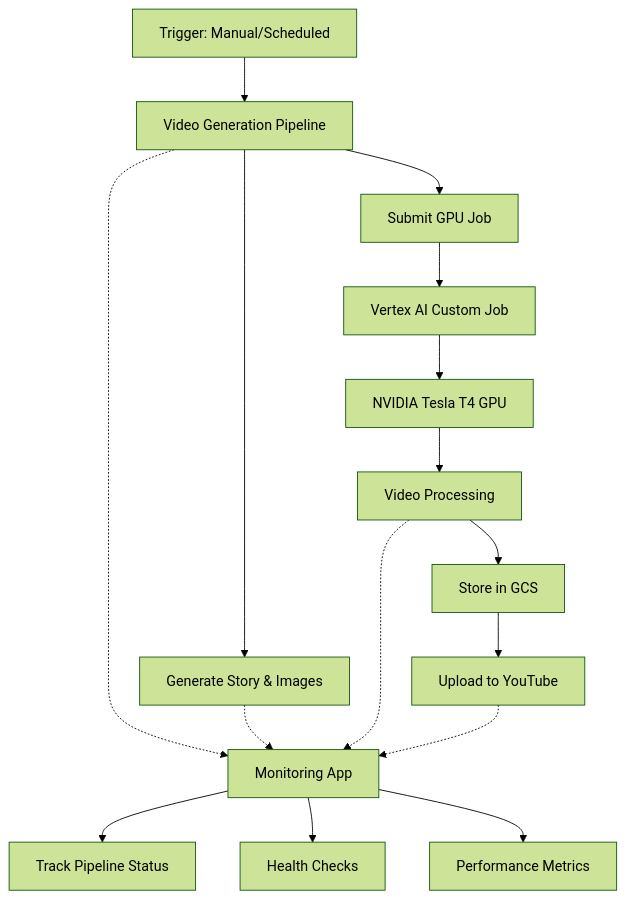
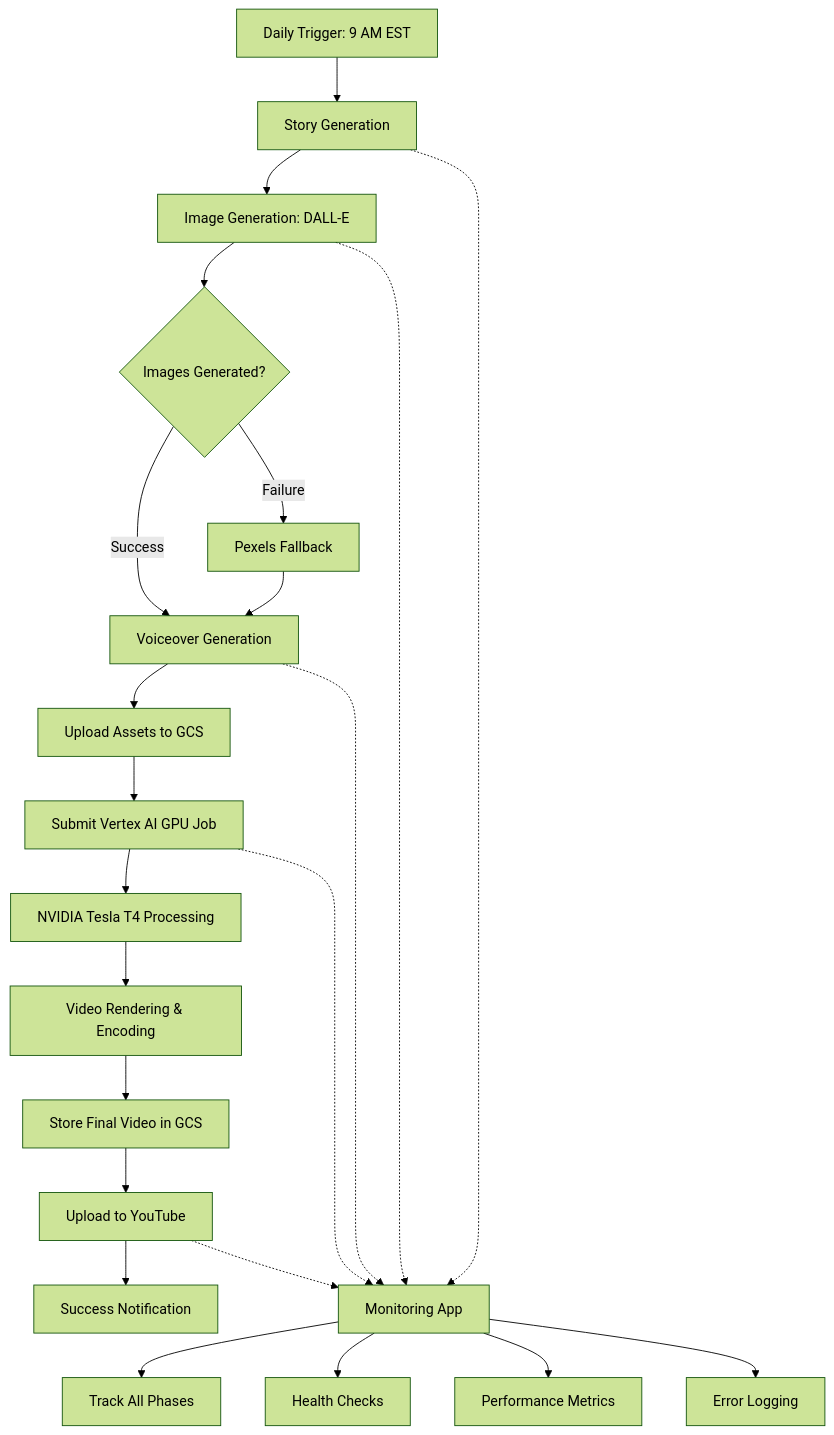
Before and after one commit to rezearcher/AutoVideo.v1: the diagram in README.md, drawn with Mermaid (forest theme). The commit also changed other lines of this file and 1 other file, not shown here.

Commit message:
feat: Add comprehensive error handling to GPU job submission and update README

````diff
--- a/README.md
+++ b/README.md
@@ -46,20 +50,27 @@
 ```mermaid
 graph TD
-    A[Trigger: Manual/Scheduled] --> B[Video Generation Pipeline]
-    B --> C[Generate Story & Images]
-    B --> D[Submit GPU Job]
-    D --> E[Vertex AI Custom Job]
-    E --> F[NVIDIA Tesla T4 GPU]
-    F --> G[Video Processing]
-    G --> H[Store in GCS]
-    H --> I[Upload to YouTube]
+    A[Daily Trigger: 9 AM EST] --> B[Story Generation]
+    B --> C[Image Generation: DALL-E]
+    C --> D{Images Generated?}
+    D -->|Success| E[Voiceover Generation]
+    D -->|Failure| F[Pexels Fallback]
+    F --> E
+    E --> G[Upload Assets to GCS]
+    G --> H[Submit Vertex AI GPU Job]
+    H --> I[NVIDIA Tesla T4 Processing]
+    I --> J[Video Rendering & Encoding]
+    J --> K[Store Final Video in GCS]
+    K --> L[Upload to YouTube]
+    L --> M[Success Notification]
     
-    J[Monitoring App] --> K[Track Pipeline Status]
-    J --> L[Health Checks]
-    J --> M[Performance Metrics]
+    N[Monitoring App] --> O[Track All Phases]
+    N --> P[Health Checks]
+    N --> Q[Performance Metrics]
+    N --> R[Error Logging]
     
-    B -.-> J
-    C -.-> J
-    G -.-> J
-    I -.-> J
+    B -.-> N
+    C -.-> N
+    E -.-> N
+    H -.-> N
+    L -.-> N
 ```
````
